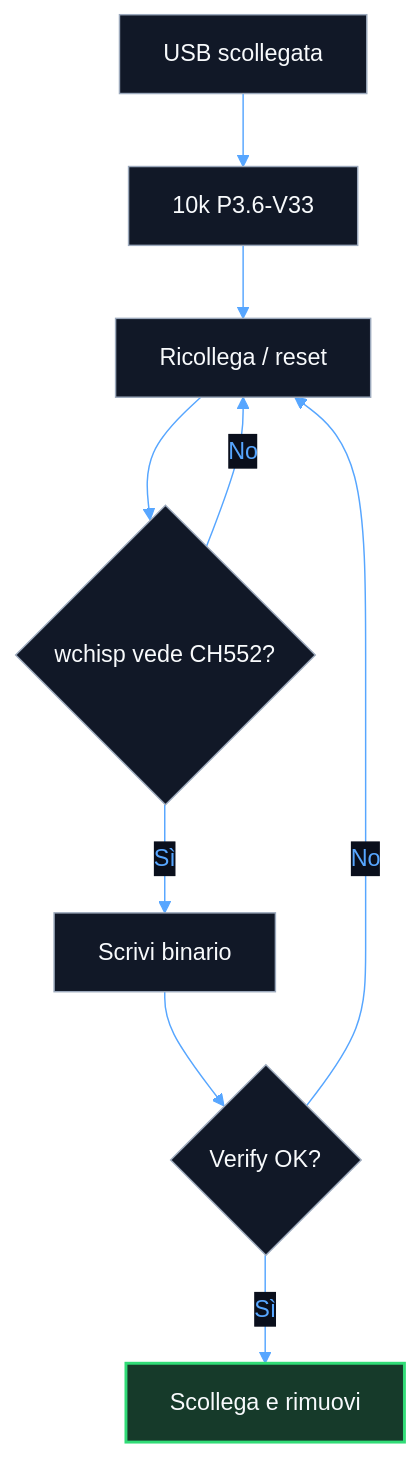
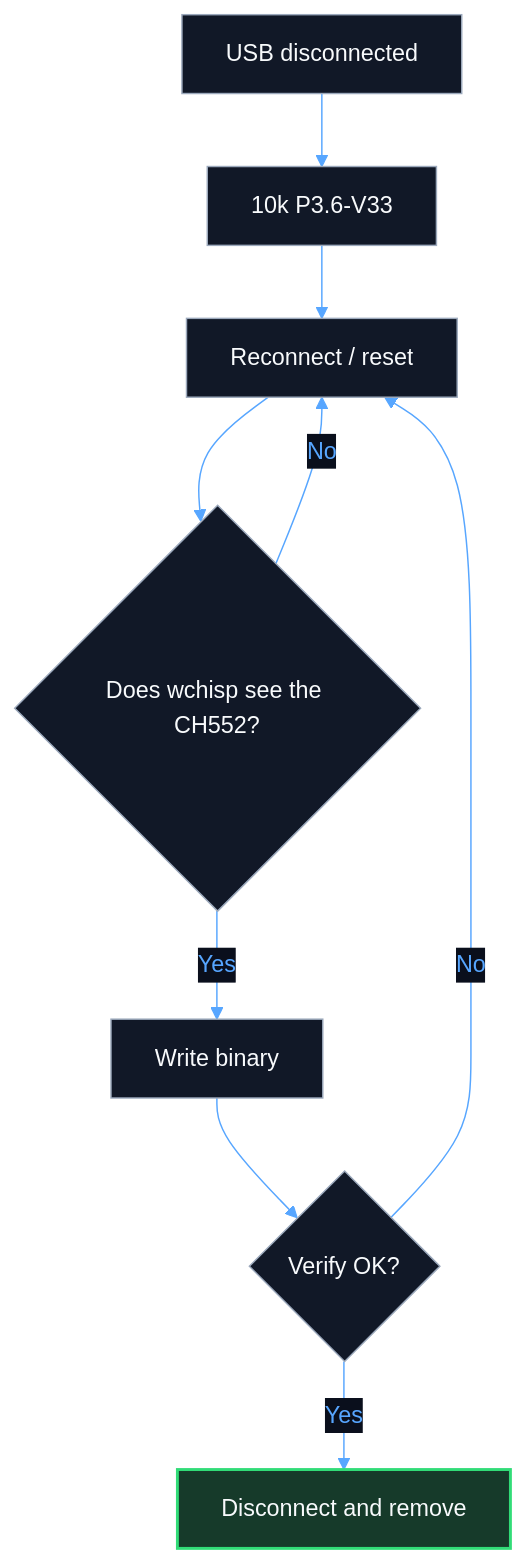
Before and after one commit to iamvaleriofantozzi/Tastierino: the second of 5 diagrams in docs/schemi/README.md, drawn with Mermaid. The commit also changed other lines of this file and 21 other files, not shown here.

````diff
--- a/docs/schemi/README.md
+++ b/docs/schemi/README.md
@@ -26,17 +26,17 @@
 ```mermaid
 %%{init: {"theme":"base","themeVariables":{"primaryColor":"#111827","primaryTextColor":"#f8fafc","primaryBorderColor":"#9ca9bc","lineColor":"#9ca9bc","secondaryColor":"#0a0f1c","tertiaryColor":"#163a2a","fontFamily":"-apple-system, BlinkMacSystemFont, Segoe UI, Helvetica, Arial, sans-serif"}}}%%
 flowchart TD
-    OFF["USB scollegata"] --> RES["10k P3.6-V33"]
-    RES --> RESET["Ricollega / reset"]
-    RESET --> INFO{"wchisp vede CH552?"}
+    OFF["USB disconnected"] --> RES["10k P3.6-V33"]
+    RES --> RESET["Reconnect / reset"]
+    RESET --> INFO{"Does wchisp see the CH552?"}
     INFO -- "No" --> RESET
-    INFO -- "Sì" --> FLASH["Scrivi binario"]
+    INFO -- "Yes" --> FLASH["Write binary"]
     FLASH --> VERIFY{"Verify OK?"}
     VERIFY -- "No" --> RESET
-    VERIFY -- "Sì" --> REMOVE["Scollega e rimuovi"]
+    VERIFY -- "Yes" --> REMOVE["Disconnect and remove"]
     classDef focal fill:#163a2a,stroke:#31dc77,color:#f8fafc,stroke-width:2px
     classDef backend fill:#111827,stroke:#9ca9bc,color:#f8fafc
     class OFF,RES,RESET,INFO,FLASH,VERIFY backend
     class REMOVE focal
     linkStyle default stroke:#57a6ff,color:#57a6ff
 ```
````
